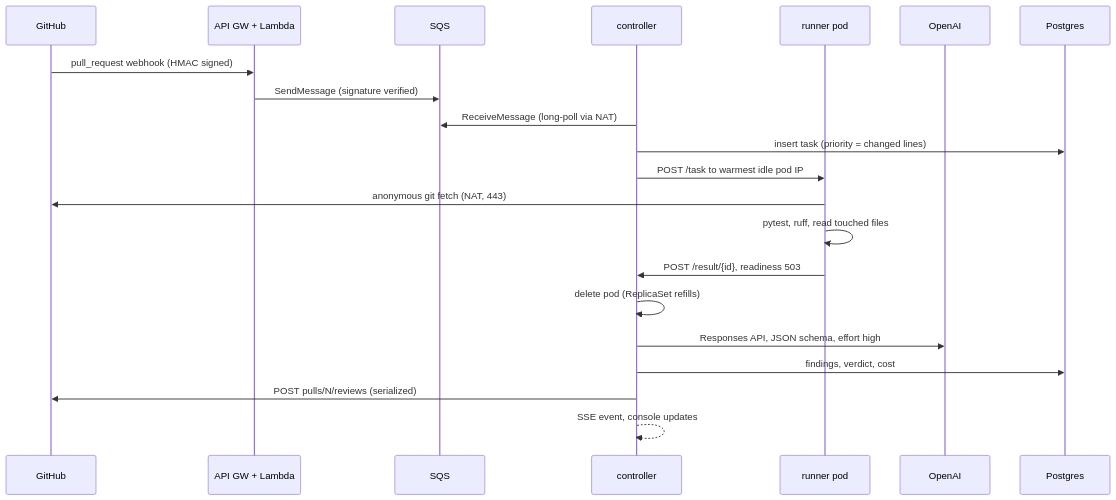
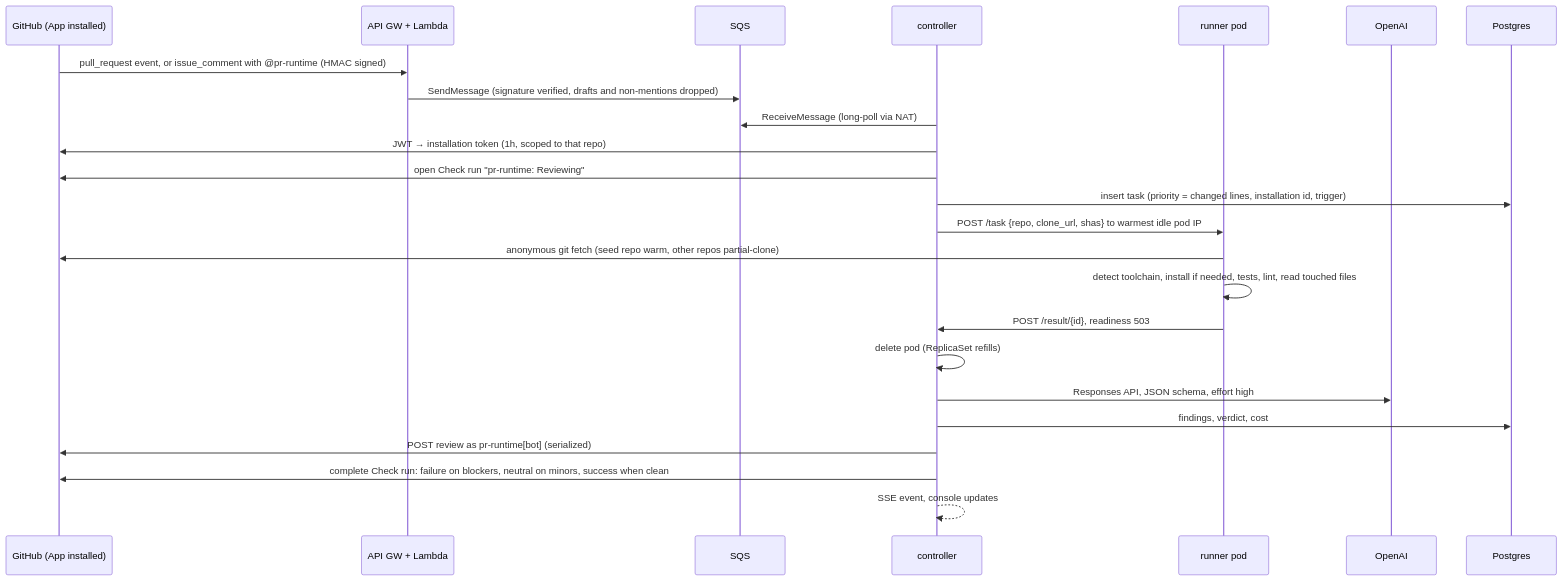
One commit to anthonyzhao27/pr-runtime changed diagram 19 of 19 in docs/PROJECT-WALKTHROUGH.md. Above: the diagram before and after it, drawn with Mermaid. The commit also changed other lines of this file and 7 other files, not shown here.

Commit message:
docs: sync diagrams, spec, walkthrough, onboarding, crash course, overview image with the App, multi-repo runner, and KEDA autoscaling loop

````diff
--- a/docs/PROJECT-WALKTHROUGH.md
+++ b/docs/PROJECT-WALKTHROUGH.md
@@ -337,23 +347,26 @@
 ```mermaid
 sequenceDiagram
-  participant GH as GitHub
+  participant GH as GitHub (App installed)
   participant L as API GW + Lambda
   participant Q as SQS
   participant C as controller
   participant R as runner pod
   participant O as OpenAI
   participant PG as Postgres
-  GH->>L: pull_request webhook (HMAC signed)
-  L->>Q: SendMessage (signature verified)
+  GH->>L: pull_request event, or issue_comment with @pr-runtime (HMAC signed)
+  L->>Q: SendMessage (signature verified, drafts and non-mentions dropped)
   C->>Q: ReceiveMessage (long-poll via NAT)
-  C->>PG: insert task (priority = changed lines)
-  C->>R: POST /task to warmest idle pod IP
-  R->>GH: anonymous git fetch (NAT, 443)
-  R->>R: pytest, ruff, read touched files
+  C->>GH: JWT → installation token (1h, scoped to that repo)
+  C->>GH: open Check run "pr-runtime: Reviewing"
+  C->>PG: insert task (priority = changed lines, installation id, trigger)
+  C->>R: POST /task {repo, clone_url, shas} to warmest idle pod IP
+  R->>GH: anonymous git fetch (seed repo warm, other repos partial-clone)
+  R->>R: detect toolchain, install if needed, tests, lint, read touched files
   R->>C: POST /result/{id}, readiness 503
   C->>C: delete pod (ReplicaSet refills)
   C->>O: Responses API, JSON schema, effort high
   C->>PG: findings, verdict, cost
-  C->>GH: POST pulls/N/reviews (serialized)
+  C->>GH: POST review as pr-runtime[bot] (serialized)
+  C->>GH: complete Check run: failure on blockers, neutral on minors, success when clean
   C-->>C: SSE event, console updates
 ```
````
